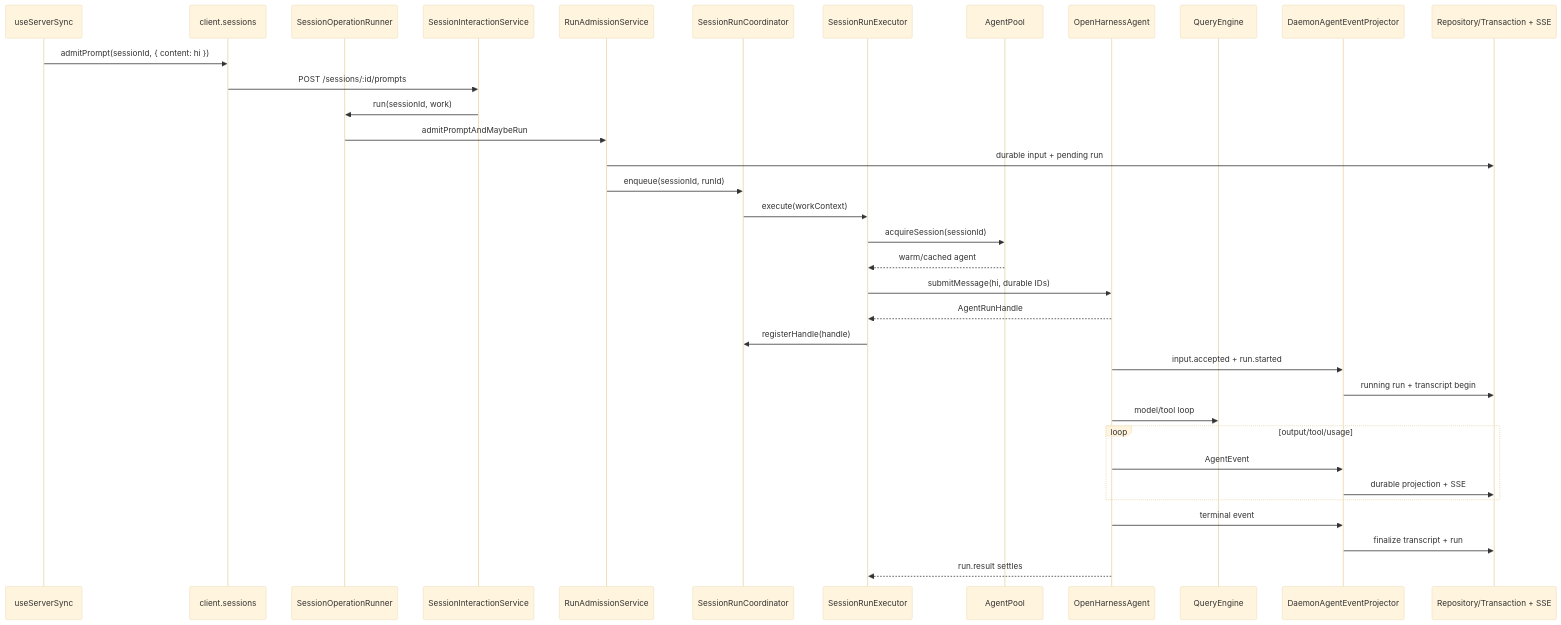
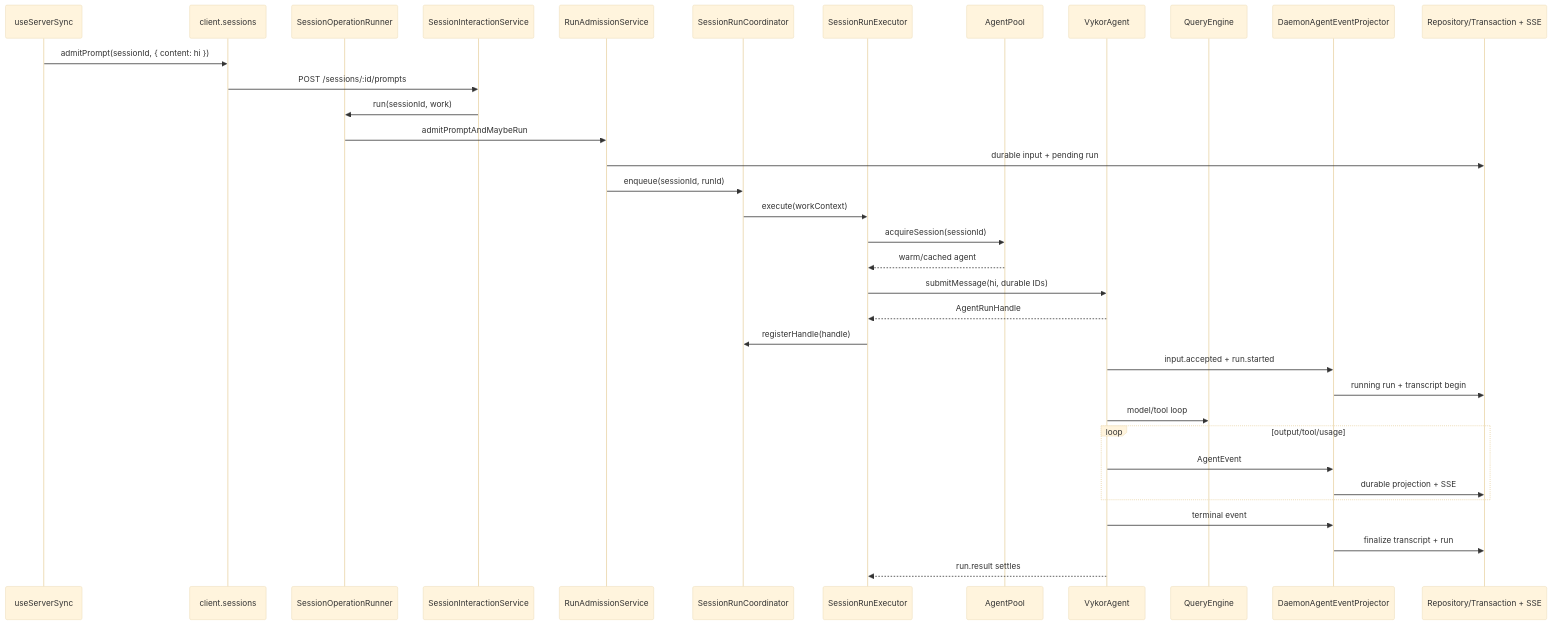
One commit to rzx007/Vykor changed the second of 4 diagrams in docs/daemon-application-architecture.md. Above: the diagram before and after it, drawn with Mermaid (base theme). The commit also changed other lines of this file and 1124 other files, not shown here.

````diff
--- a/docs/daemon-application-architecture.md
+++ b/docs/daemon-application-architecture.md
@@ -131,38 +131,38 @@
 ```mermaid
 sequenceDiagram
   participant UI as useServerSync
   participant C as client.sessions
   participant R as SessionOperationRunner
   participant A as SessionInteractionService
   participant E as RunAdmissionService
   participant L as SessionRunCoordinator
   participant X as SessionRunExecutor
   participant P as AgentPool
-  participant G as OpenHarnessAgent
+  participant G as VykorAgent
   participant Q as QueryEngine
   participant D as DaemonAgentEventProjector
   participant S as Repository/Transaction + SSE
 
   UI->>C: admitPrompt(sessionId, { content: hi })
   C->>A: POST /sessions/:id/prompts
   A->>R: run(sessionId, work)
   R->>E: admitPromptAndMaybeRun
   E->>S: durable input + pending run
   E->>L: enqueue(sessionId, runId)
   L->>X: execute(workContext)
   X->>P: acquireSession(sessionId)
   P-->>X: warm/cached agent
   X->>G: submitMessage(hi, durable IDs)
   G-->>X: AgentRunHandle
   X->>L: registerHandle(handle)
   G->>D: input.accepted + run.started
   D->>S: running run + transcript begin
   G->>Q: model/tool loop
   loop output/tool/usage
     G->>D: AgentEvent
     D->>S: durable projection + SSE
   end
   G->>D: terminal event
   D->>S: finalize transcript + run
   G-->>X: run.result settles
 ```
````
